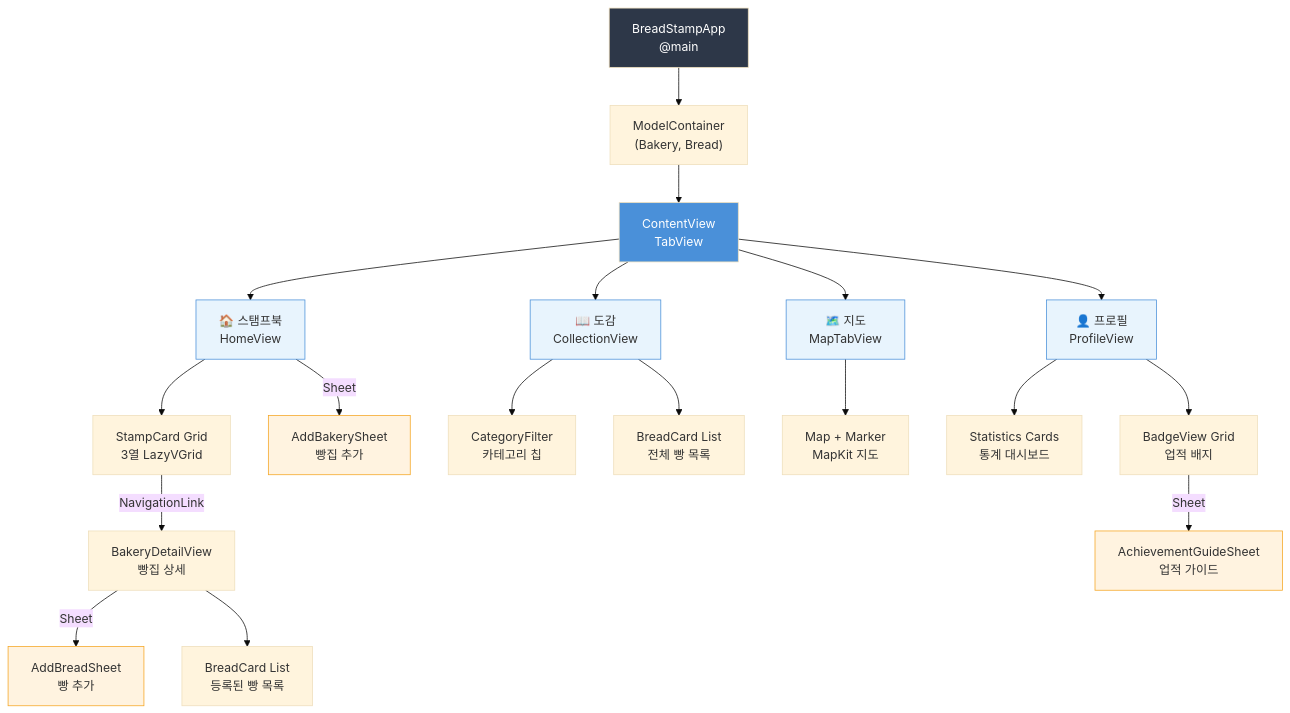
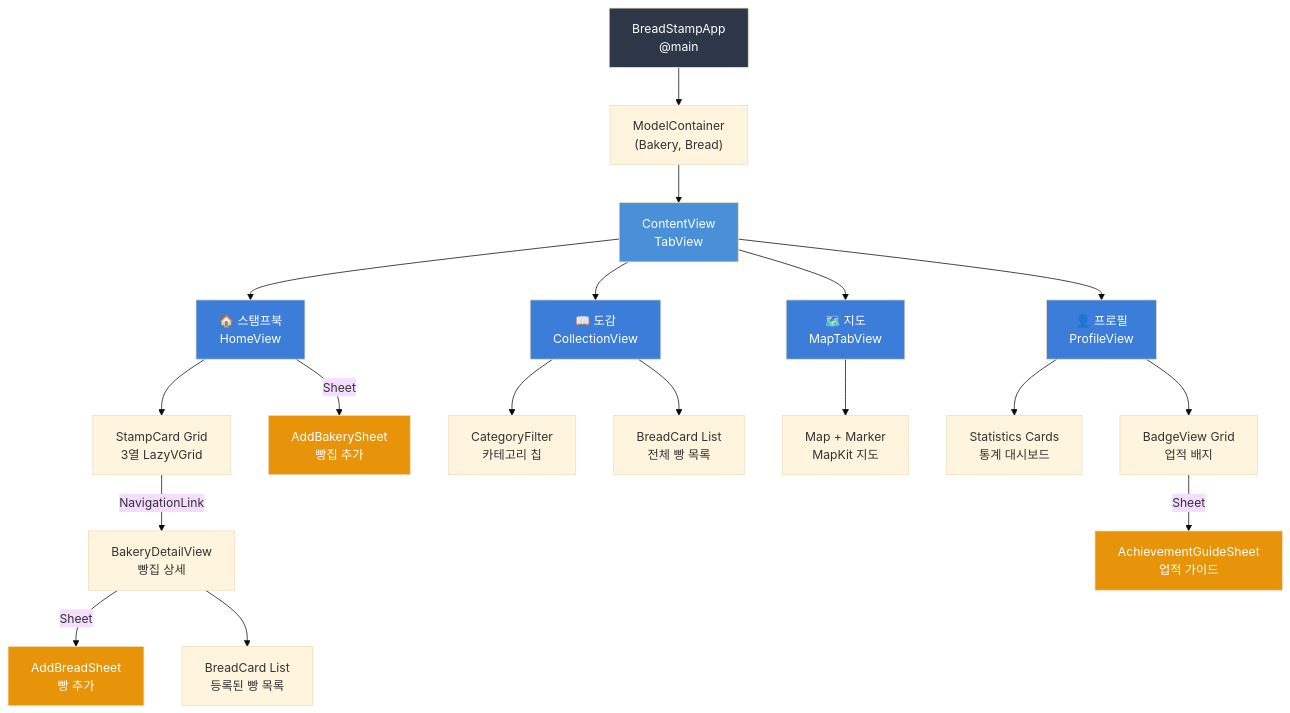
The fifth of 8 diagrams in README.md (ParkSY0919/BreadStamp), drawn with Mermaid (base theme) before and after one commit. The commit also changed other lines of this file and 14 other files, not shown here.

````diff
--- a/README.md
+++ b/README.md
@@ -211,37 +213,37 @@
 ```mermaid
 flowchart TB
     App["BreadStampApp<br/>@main"]
     App --> MC["ModelContainer<br/>(Bakery, Bread)"]
     MC --> CV["ContentView<br/>TabView"]
 
     CV --> T1["🏠 스탬프북<br/>HomeView"]
     CV --> T2["📖 도감<br/>CollectionView"]
     CV --> T3["🗺️ 지도<br/>MapTabView"]
     CV --> T4["👤 프로필<br/>ProfileView"]
 
     T1 --> SC["StampCard Grid<br/>3열 LazyVGrid"]
     SC -->|"NavigationLink"| BD["BakeryDetailView<br/>빵집 상세"]
     T1 -->|"Sheet"| ABS["AddBakerySheet<br/>빵집 추가"]
 
     BD -->|"Sheet"| ABRS["AddBreadSheet<br/>빵 추가"]
     BD --> BC1["BreadCard List<br/>등록된 빵 목록"]
 
     T2 --> FC["CategoryFilter<br/>카테고리 칩"]
     T2 --> BC2["BreadCard List<br/>전체 빵 목록"]
 
     T3 --> MAP["Map + Marker<br/>MapKit 지도"]
 
     T4 --> STAT["Statistics Cards<br/>통계 대시보드"]
     T4 --> BG["BadgeView Grid<br/>업적 배지"]
     BG -->|"Sheet"| AGS["AchievementGuideSheet<br/>업적 가이드"]
 
     style App fill:#2D3748,color:#fff
     style CV fill:#4A90D9,color:#fff
-    style T1 fill:#E8F4FD,stroke:#4A90D9
-    style T2 fill:#E8F4FD,stroke:#4A90D9
-    style T3 fill:#E8F4FD,stroke:#4A90D9
-    style T4 fill:#E8F4FD,stroke:#4A90D9
-    style ABS fill:#FFF3E0,stroke:#F5A623
-    style ABRS fill:#FFF3E0,stroke:#F5A623
-    style AGS fill:#FFF3E0,stroke:#F5A623
+    style T1 fill:#3B7DD8,color:#fff
+    style T2 fill:#3B7DD8,color:#fff
+    style T3 fill:#3B7DD8,color:#fff
+    style T4 fill:#3B7DD8,color:#fff
+    style ABS fill:#E8940A,color:#fff
+    style ABRS fill:#E8940A,color:#fff
+    style AGS fill:#E8940A,color:#fff
 ```
````
